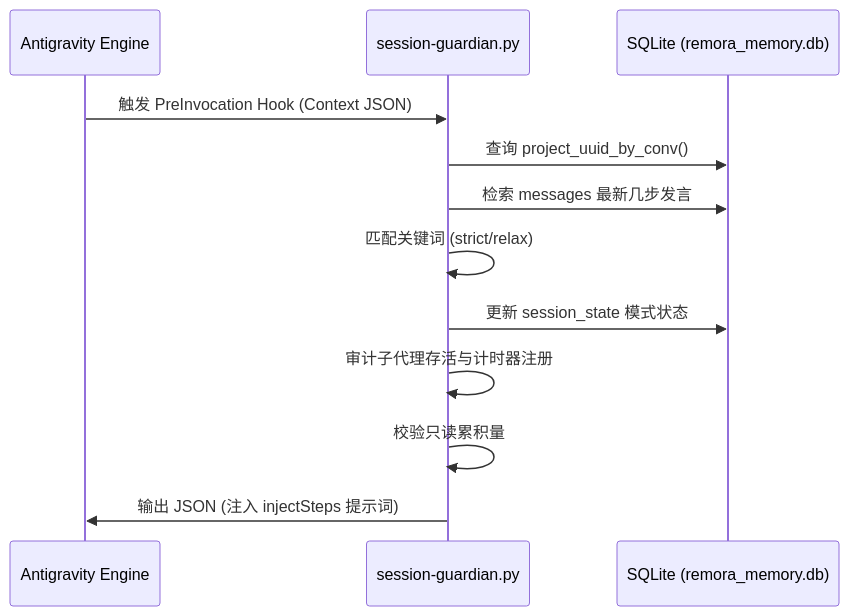
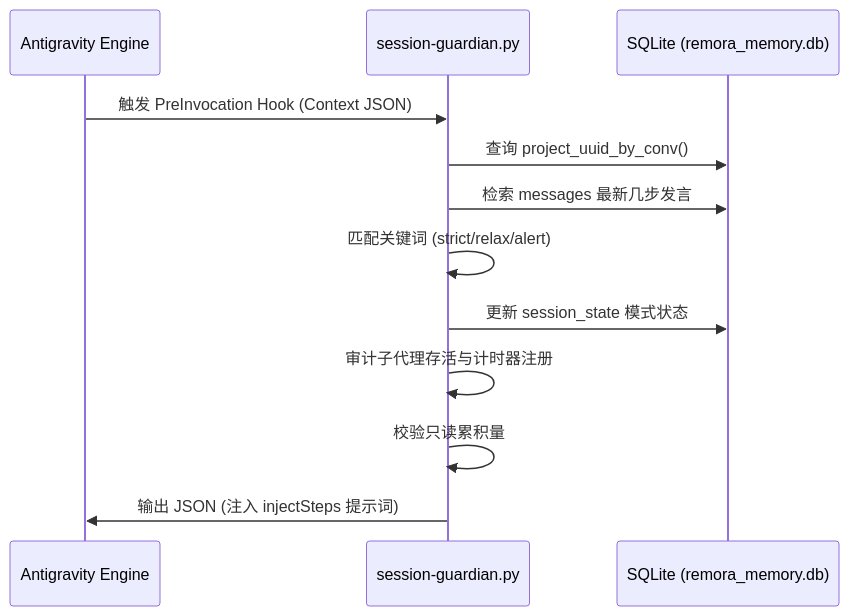
One commit to pseudoming/remora-plugin changed the first of 11 diagrams in docs/business_flows.zh.md. Above: the diagram before and after it, drawn with Mermaid. The commit also changed other lines of this file and 13 other files, not shown here.

````diff
--- a/docs/business_flows.zh.md
+++ b/docs/business_flows.zh.md
@@ -32,15 +35,15 @@
 ```mermaid
 sequenceDiagram
     participant AGY as Antigravity Engine
     participant SG as session-guardian.py
     participant DB as SQLite (remora_memory.db)
     
     AGY->>SG: 触发 PreInvocation Hook (Context JSON)
     SG->>DB: 查询 project_uuid_by_conv()
     SG->>DB: 检索 messages 最新几步发言
-    SG->>SG: 匹配关键词 (strict/relax)
+     SG->>SG: 匹配关键词 (strict/relax/alert)
     SG->>DB: 更新 session_state 模式状态
     SG->>SG: 审计子代理存活与计时器注册
     SG->>SG: 校验只读累积量
     SG->>AGY: 输出 JSON (注入 injectSteps 提示词)
 ```
````
